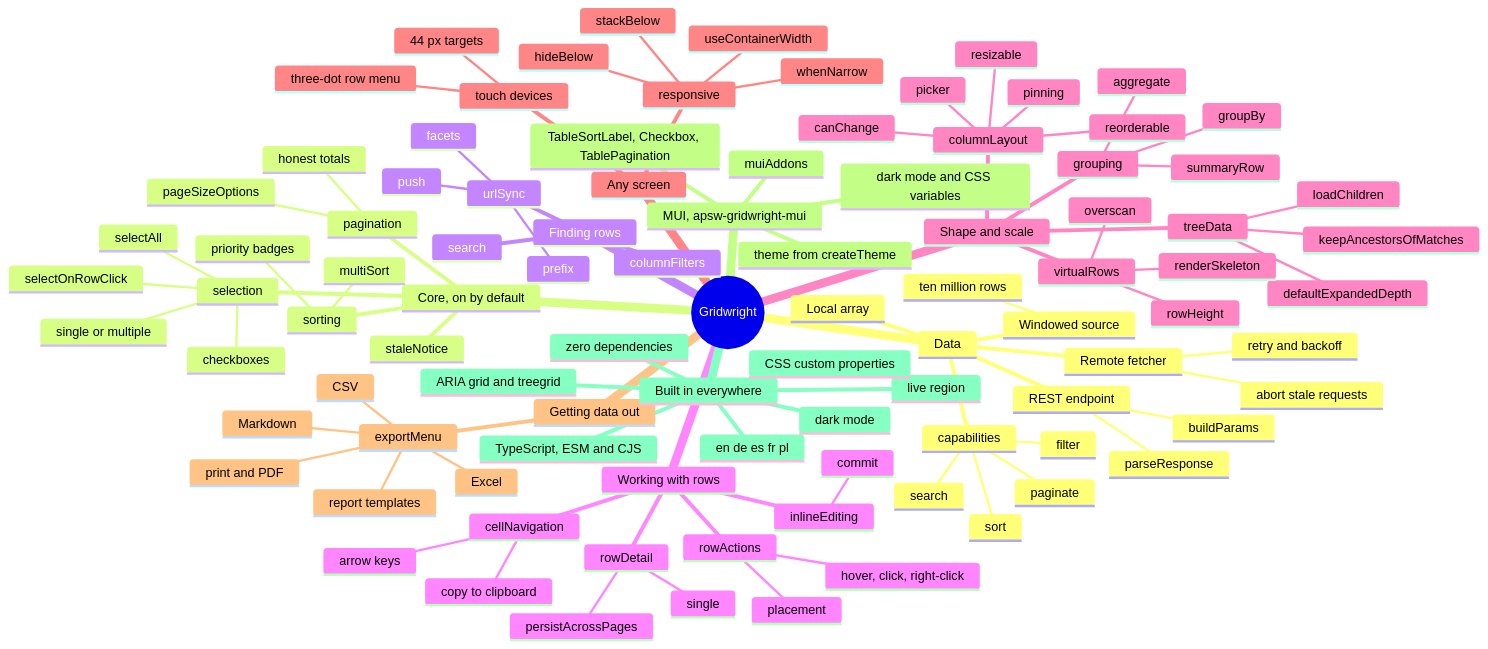
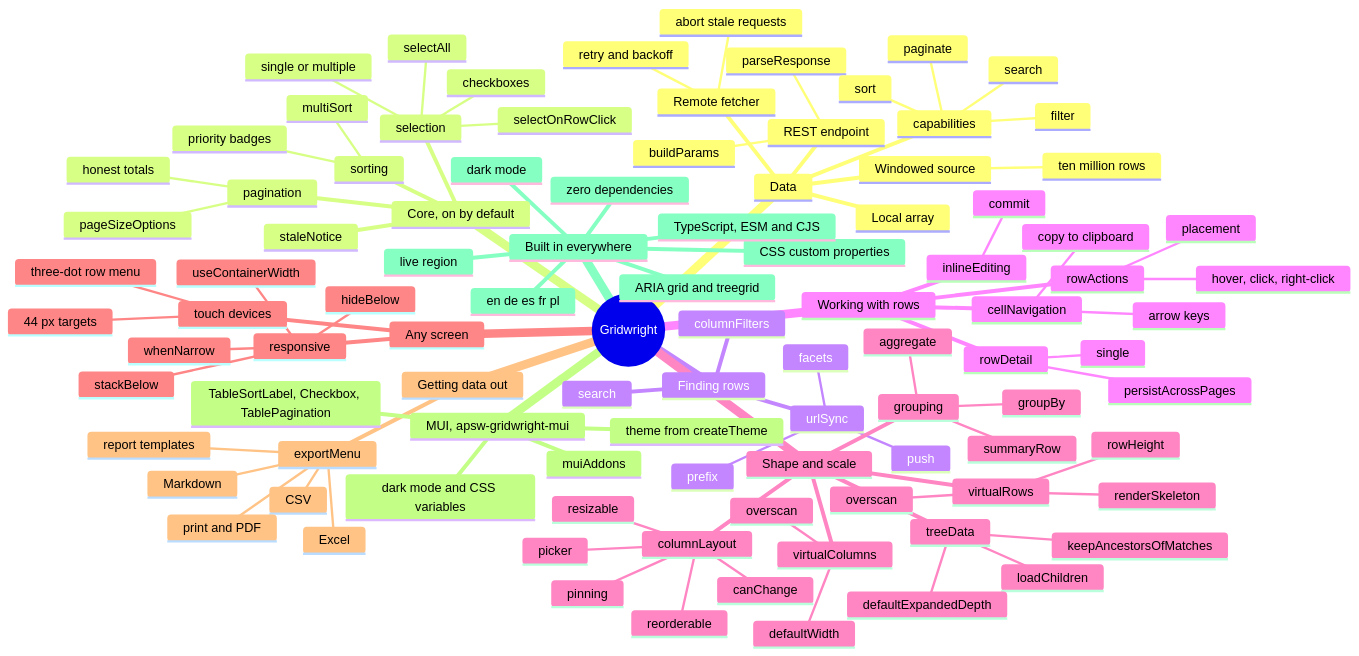
Before and after one commit to yaotzin1/apsw-gridwright: the diagram in docs/tour.md, drawn with Mermaid. The commit also changed other lines of this file and 41 other files, not shown here.

First line of the commit message:
feat(virtual): virtualColumns(), a window of columns for wide grids (#88)

```diff
--- a/docs/tour.md
+++ b/docs/tour.md
@@ -73,6 +73,9 @@
         rowHeight
         overscan
         renderSkeleton
+      virtualColumns
+        defaultWidth
+        overscan
       columnLayout
         resizable
         reorderable
```
